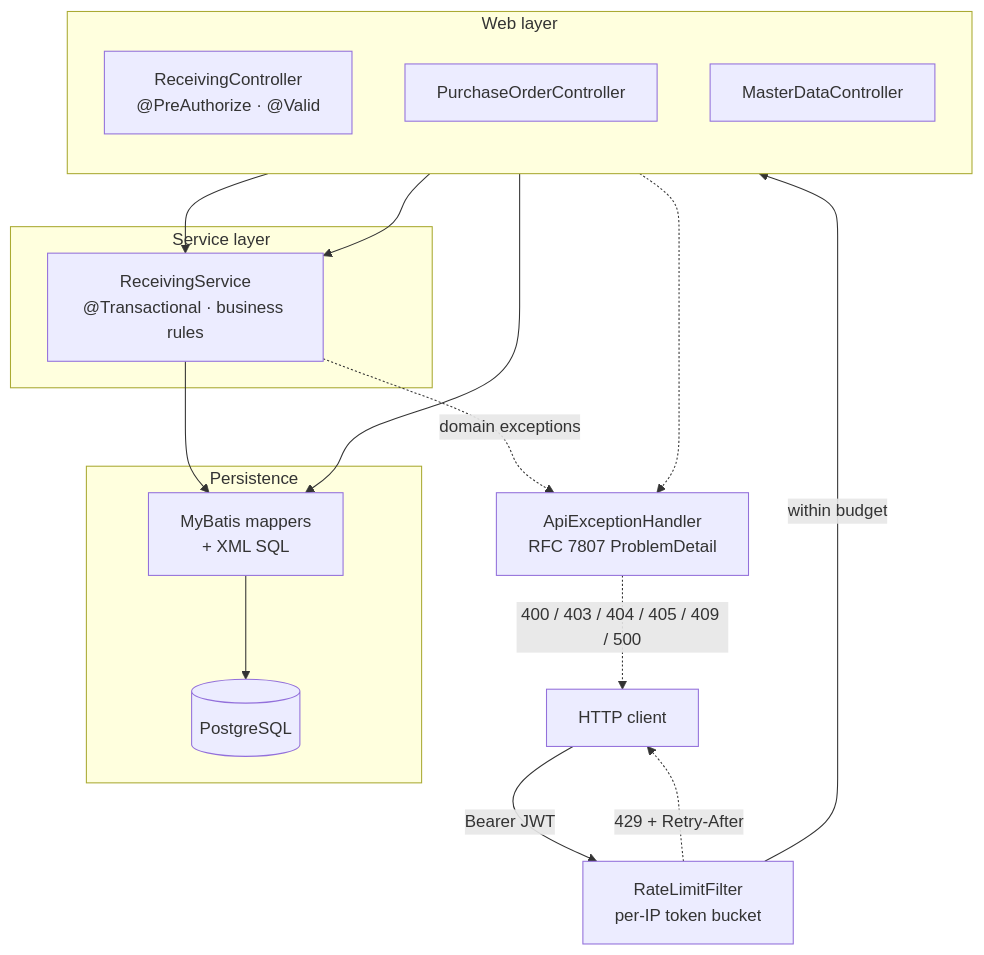
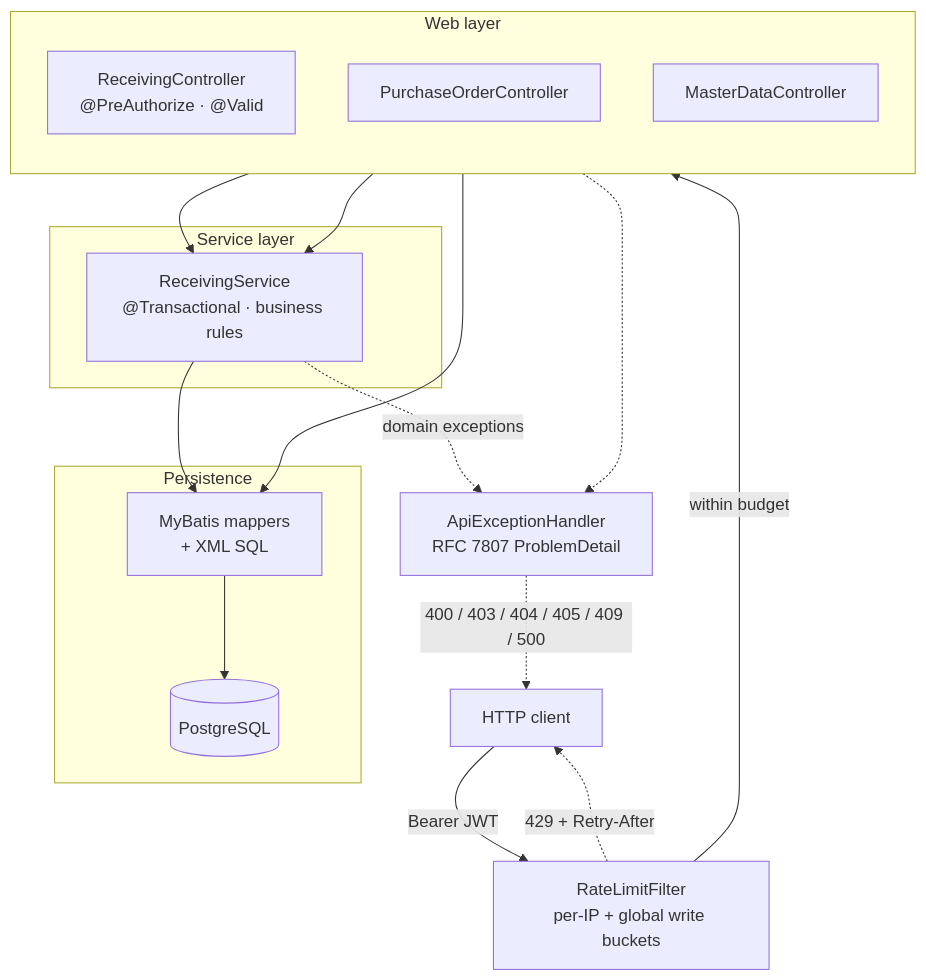
Before and after one commit to Davidzent/Warehouse: the diagram in README.md, drawn with Mermaid. The commit also changed other lines of this file and 4 other files, not shown here.

````diff
--- a/README.md
+++ b/README.md
@@ -45,32 +45,32 @@
 ```mermaid
 flowchart TD
-    C[HTTP client] -->|Bearer JWT| RL["RateLimitFilter<br/>per-IP token bucket"]
+    C[HTTP client] -->|Bearer JWT| RL["RateLimitFilter<br/>per-IP + global write buckets"]
     RL -->|within budget| W
     RL -.->|429 + Retry-After| C
 
     subgraph W["Web layer"]
         direction TB
         RC["ReceivingController<br/>@PreAuthorize · @Valid"]
         PC[PurchaseOrderController]
         MC[MasterDataController]
     end
 
     subgraph S["Service layer"]
         SVC["ReceivingService<br/>@Transactional · business rules"]
     end
 
     subgraph P["Persistence"]
         M["MyBatis mappers<br/>+ XML SQL"]
         DB[(PostgreSQL)]
     end
 
     RC --> SVC
     PC --> SVC
     MC --> M
     SVC --> M
     M --> DB
 
     SVC -.->|domain exceptions| EH["ApiExceptionHandler<br/>RFC 7807 ProblemDetail"]
     RC -.-> EH
     EH -.->|400 / 403 / 404 / 405 / 409 / 500| C
 ```
````
